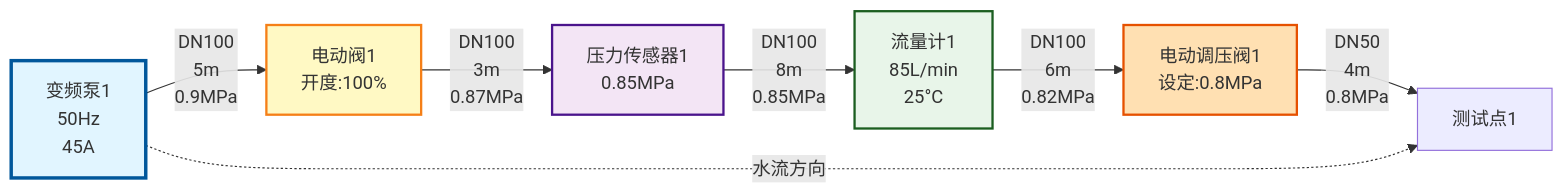
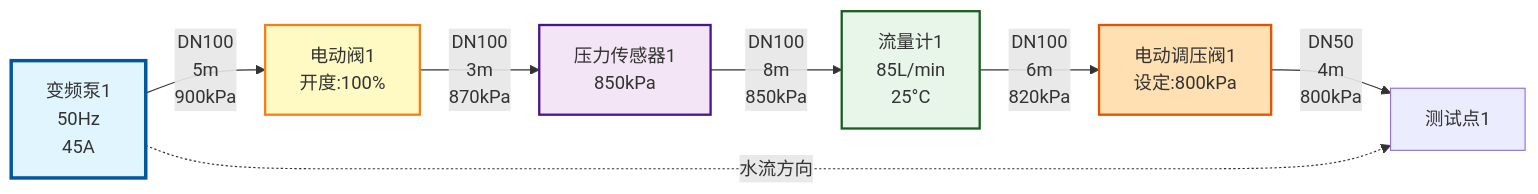
The first of 2 diagrams in docs/PhysicalPipeline.md (mecluswang-sys/waterTestSystem), drawn with Mermaid before and after one commit. The commit also changed other lines of this file and 12 other files, not shown here.

````diff
--- a/docs/PhysicalPipeline.md
+++ b/docs/PhysicalPipeline.md
@@ -9,26 +9,26 @@
 ```mermaid
 graph LR
     %% 定义样式
     classDef pumpStyle fill:#e1f5ff,stroke:#01579b,stroke-width:3px
     classDef valveStyle fill:#fff9c4,stroke:#f57f17,stroke-width:2px
     classDef sensorStyle fill:#f3e5f5,stroke:#4a148c,stroke-width:2px
     classDef meterStyle fill:#e8f5e9,stroke:#1b5e20,stroke-width:2px
     classDef regValveStyle fill:#ffe0b2,stroke:#e65100,stroke-width:2px
 
     %% 主回路1
     P1[变频泵1<br/>50Hz<br/>45A]:::pumpStyle
     V1[电动阀1<br/>开度:100%]:::valveStyle
-    PS1[压力传感器1<br/>0.85MPa]:::sensorStyle
+   PS1[压力传感器1<br/>850kPa]:::sensorStyle
     FM1[流量计1<br/>85L/min<br/>25°C]:::meterStyle
-    RV1[电动调压阀1<br/>设定:0.8MPa]:::regValveStyle
+   RV1[电动调压阀1<br/>设定:800kPa]:::regValveStyle
     TP1[测试点1]
 
-    P1 -->|DN100<br/>5m<br/>0.9MPa| V1
-    V1 -->|DN100<br/>3m<br/>0.87MPa| PS1
-    PS1 -->|DN100<br/>8m<br/>0.85MPa| FM1
-    FM1 -->|DN100<br/>6m<br/>0.82MPa| RV1
-    RV1 -->|DN50<br/>4m<br/>0.8MPa| TP1
+   P1 -->|DN100<br/>5m<br/>900kPa| V1
+   V1 -->|DN100<br/>3m<br/>870kPa| PS1
+   PS1 -->|DN100<br/>8m<br/>850kPa| FM1
+   FM1 -->|DN100<br/>6m<br/>820kPa| RV1
+   RV1 -->|DN50<br/>4m<br/>800kPa| TP1
 
     %% 标注水流方向
     P1 -.水流方向.-> TP1
 ```
````
